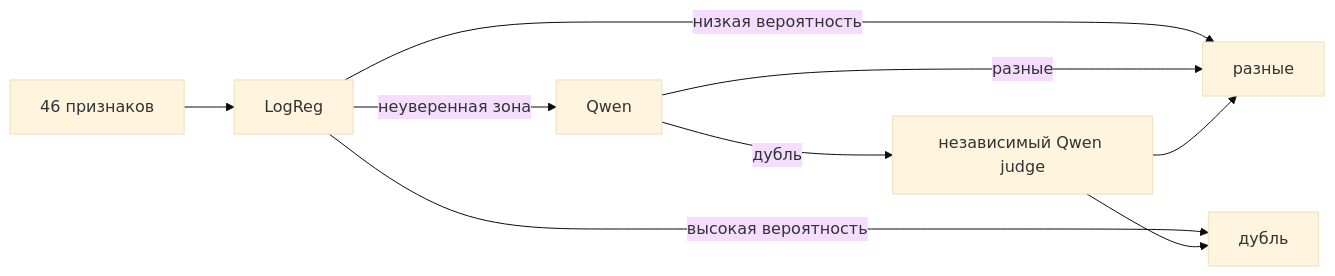
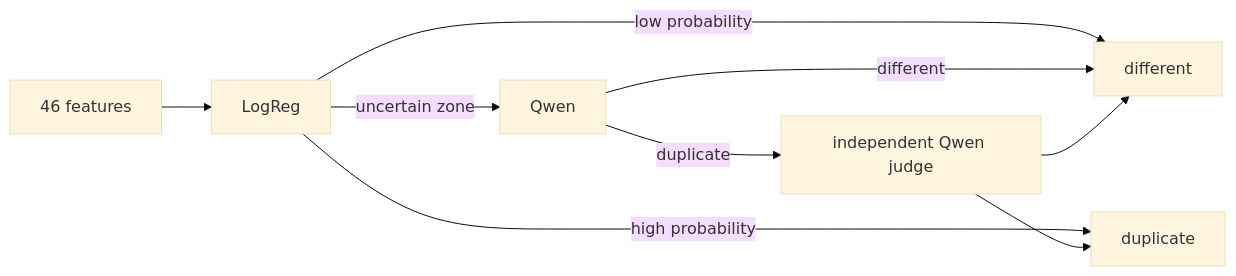
Before and after one commit to ITMO-NSS-team/PAUK: the diagram in docs/architecture/pipeline/dedup.md, drawn with Mermaid (base theme). The commit also changed other lines of this file and 196 other files, not shown here.

````diff
--- a/docs/architecture/pipeline/dedup.md
+++ b/docs/architecture/pipeline/dedup.md
@@ -73,11 +77,11 @@
 ```mermaid
 flowchart LR
-    A[46 признаков] --> B[LogReg]
-    B -->|низкая вероятность| C[разные]
-    B -->|высокая вероятность| D[дубль]
-    B -->|неуверенная зона| E[Qwen]
-    E -->|разные| C
-    E -->|дубль| F[независимый Qwen judge]
+    A[46 features] --> B[LogReg]
+    B -->|low probability| C[different]
+    B -->|high probability| D[duplicate]
+    B -->|uncertain zone| E[Qwen]
+    E -->|different| C
+    E -->|duplicate| F[independent Qwen judge]
     F --> C
     F --> D
 ```
````
